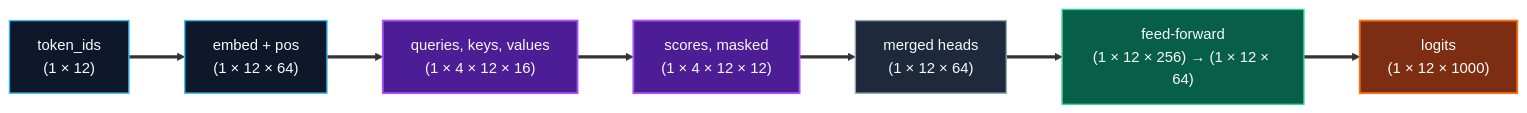
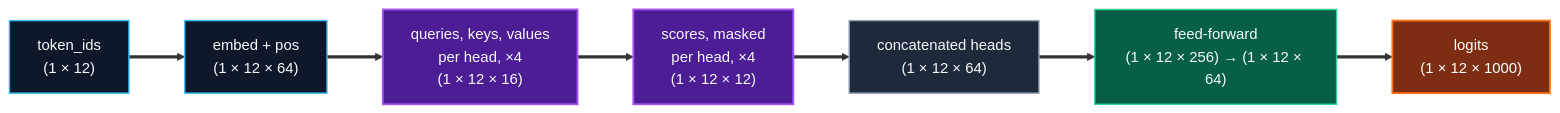
Before and after one commit to namtiw/namtiw.github.io: the fourth of 4 diagrams in _posts/2026-06-12-transformer.md, drawn with Mermaid. The commit also changed other lines of this file and 3 other files, not shown here.

```diff
--- a/_posts/2026-06-12-transformer.md
+++ b/_posts/2026-06-12-transformer.md
@@ -299,25 +336,25 @@
 <pre class="mermaid">
 %%{init: {"flowchart": {"nodeSpacing": 35, "rankSpacing": 60}}}%%
 flowchart LR
   T["token_ids<br/>(1 × 12)"]
   E["embed + pos<br/>(1 × 12 × 64)"]
-  Q["queries, keys, values<br/>(1 × 4 × 12 × 16)"]
-  S["scores, masked<br/>(1 × 4 × 12 × 12)"]
-  M["merged heads<br/>(1 × 12 × 64)"]
+  Q["queries, keys, values<br/>per head, ×4<br/>(1 × 12 × 16)"]
+  S["scores, masked<br/>per head, ×4<br/>(1 × 12 × 12)"]
+  M["concatenated heads<br/>(1 × 12 × 64)"]
   F["feed-forward<br/>(1 × 12 × 256) → (1 × 12 × 64)"]
   L["logits<br/>(1 × 12 × 1000)"]
 
   T ==> E ==> Q ==> S ==> M ==> F ==> L
 
   classDef input fill:#0f172a,stroke:#38bdf8,stroke-width:1.5px,color:#f8fafc
   classDef attn fill:#4c1d95,stroke:#a855f7,stroke-width:2px,color:#f8fafc
   classDef inter fill:#1e293b,stroke:#94a3b8,stroke-width:1.5px,color:#f8fafc
   classDef ff fill:#065f46,stroke:#34d399,stroke-width:1.5px,color:#f8fafc
   classDef out fill:#7c2d12,stroke:#f97316,stroke-width:2px,color:#ffffff
 
   class T,E input
   class Q,S attn
   class M inter
   class F ff
   class L out
 </pre>
```
